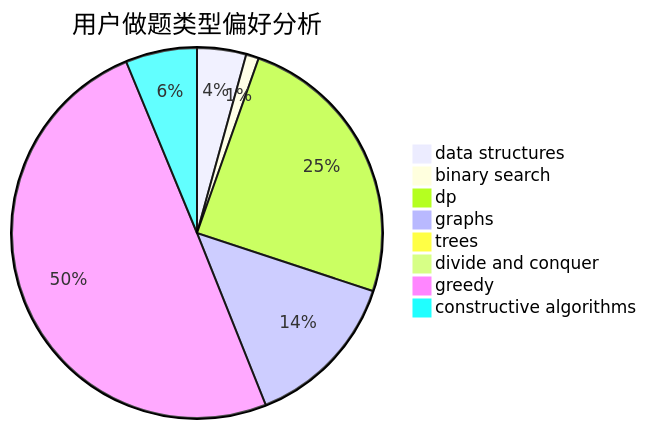
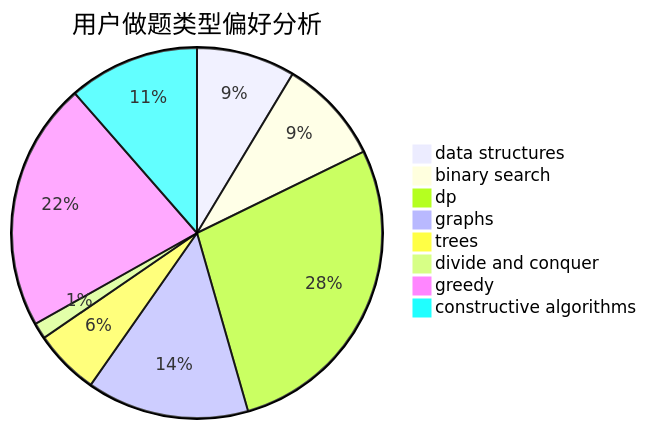
Before and after one commit to sherpahu/cfrs.github.io: the second of 3 diagrams in docs/user/u1168.md, drawn with Mermaid. The commit also changed other lines of this file and 2770 other files, not shown here.

````diff
--- a/docs/user/u1168.md
+++ b/docs/user/u1168.md
@@ -23,11 +23,11 @@
 ```mermaid
 pie title 用户做题类型偏好分析
-    "data structures" :  46
-    "binary search" :  12
-    "dp" :  265
-    "graphs" :  149
-    "trees" :  0
-    "divide and conquer" :  0
-    "greedy" :  535
-    "constructive algorithms" :  67
+    "data structures" :  98
+    "binary search" :  104
+    "dp" :  316
+    "graphs" :  161
+    "trees" :  65
+    "divide and conquer" :  16
+    "greedy" :  247
+    "constructive algorithms" :  130
 ```
````
